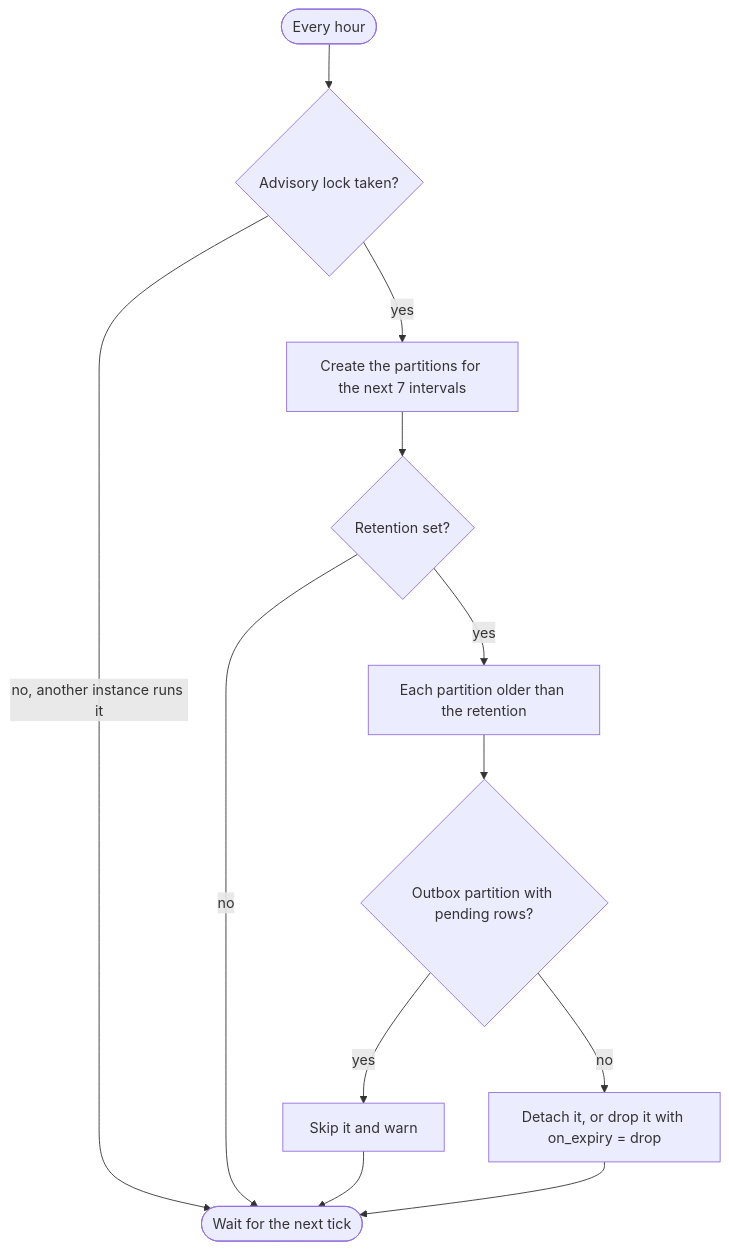
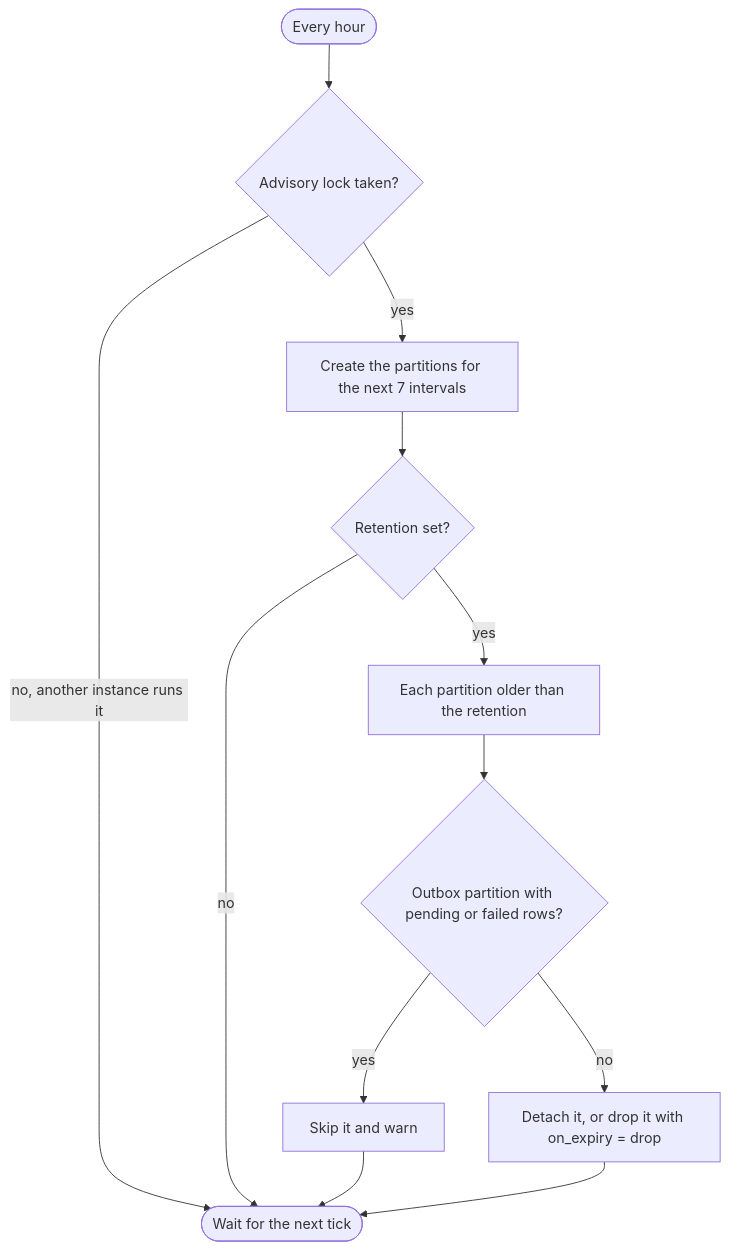
The fifth of 5 diagrams in docs/02-flows.md (sisaio/sisa-messaging-rs), drawn with Mermaid before and after one commit. The commit also changed other lines of this file and 2 other files, not shown here.

Commit message:
docs: answer the scaffold review on failed rows, ordering and CI

````diff
--- a/docs/02-flows.md
+++ b/docs/02-flows.md
@@ -86,12 +88,12 @@
 ```mermaid
 flowchart TD
     tick([Every hour]) --> lock{Advisory lock taken?}
     lock -->|no, another instance runs it| done([Wait for the next tick])
     lock -->|yes| ahead[Create the partitions for the next 7 intervals]
     ahead --> retention{Retention set?}
     retention -->|no| done
     retention -->|yes| each[Each partition older than the retention]
-    each --> pending{Outbox partition with pending rows?}
+    each --> pending{Outbox partition with pending or failed rows?}
     pending -->|yes| warn[Skip it and warn] --> done
     pending -->|no| expire[Detach it, or drop it with on_expiry = drop] --> done
 ```
````
